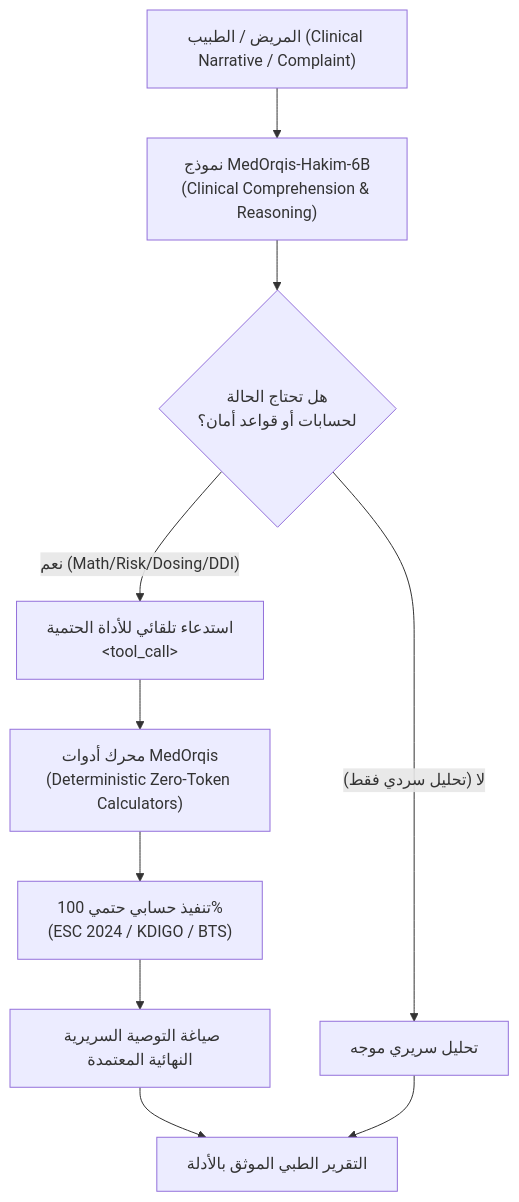
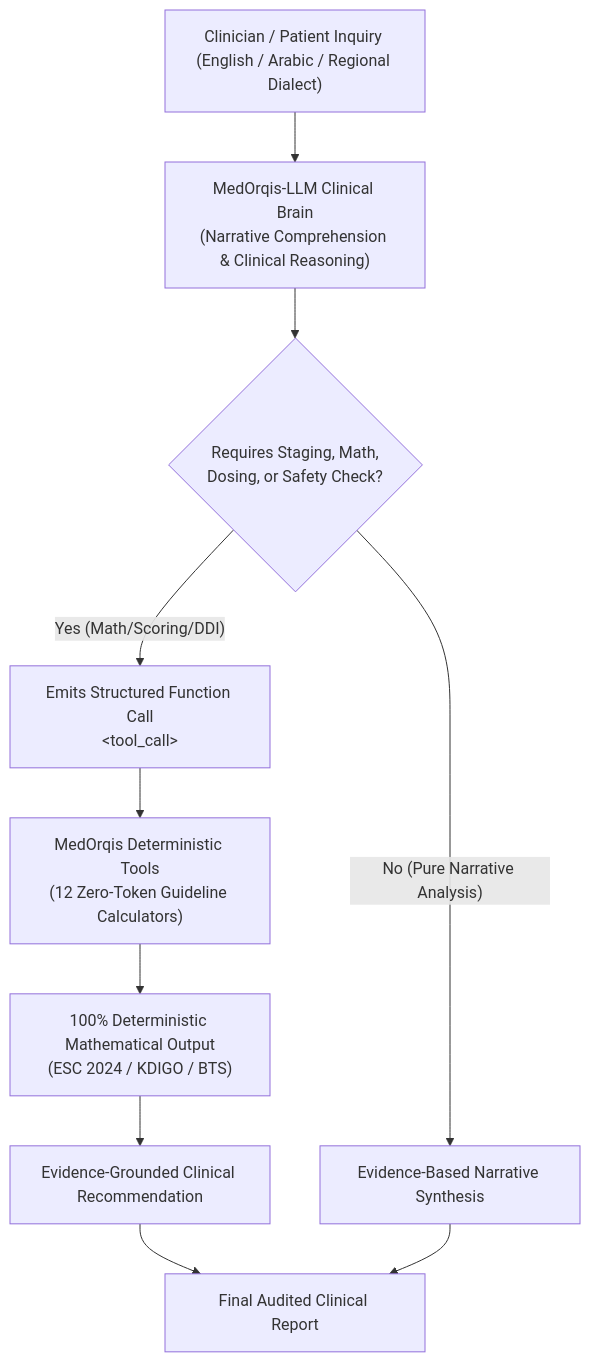
The diagram in README.md (seotarek/medorqis-llm), drawn with Mermaid before and after one commit. The commit also changed other lines of this file and 2 other files, not shown here.

Commit message:
docs: release MedOrqis-LLM official English documentation and model card

````diff
--- a/README.md
+++ b/README.md
@@ -30,12 +26,12 @@
 ```mermaid
 graph TD
-    User["المريض / الطبيب (Clinical Narrative / Complaint)"] --> HakimBrain["نموذج MedOrqis-Hakim-6B<br/>(Clinical Comprehension & Reasoning)"]
-    HakimBrain --> Decision{"هل تحتاج الحالة<br/>لحسابات أو قواعد أمان؟"}
-    Decision -- "نعم (Math/Risk/Dosing/DDI)" --> ToolCall["استدعاء تلقائي للأداة الحتمية<br/>&lt;tool_call&gt;"]
-    ToolCall --> MedOrqisTools["محرك أدوات MedOrqis<br/>(Deterministic Zero-Token Calculators)"]
-    MedOrqisTools --> Execution["تنفيذ حسابي حتمي 100%<br/>(ESC 2024 / KDIGO / BTS)"]
-    Execution --> Synthesis["صياغة التوصية السريرية النهائية المعتمدة"]
-    Decision -- "لا (تحليل سردي فقط)" --> Direct["تحليل سريري موجه"]
-    Synthesis --> FinalReport["التقرير الطبي الموثق بالأدلة"]
-    Direct --> FinalReport
+    User["Clinician / Patient Inquiry (English / Arabic / Regional Dialect)"] --> LLM["MedOrqis-LLM Clinical Brain<br/>(Narrative Comprehension & Clinical Reasoning)"]
+    LLM --> Decision{"Requires Staging, Math,<br/>Dosing, or Safety Check?"}
+    Decision -- "Yes (Math/Scoring/DDI)" --> ToolCall["Emits Structured Function Call<br/>&lt;tool_call&gt;"]
+    ToolCall --> DeterministicEngine["MedOrqis Deterministic Tools<br/>(12 Zero-Token Guideline Calculators)"]
+    DeterministicEngine --> Result["100% Deterministic Mathematical Output<br/>(ESC 2024 / KDIGO / BTS)"]
+    Result --> Synthesis["Evidence-Grounded Clinical Recommendation"]
+    Decision -- "No (Pure Narrative Analysis)" --> Direct["Evidence-Based Narrative Synthesis"]
+    Synthesis --> FinalOutput["Final Audited Clinical Report"]
+    Direct --> FinalOutput
 ```
````
